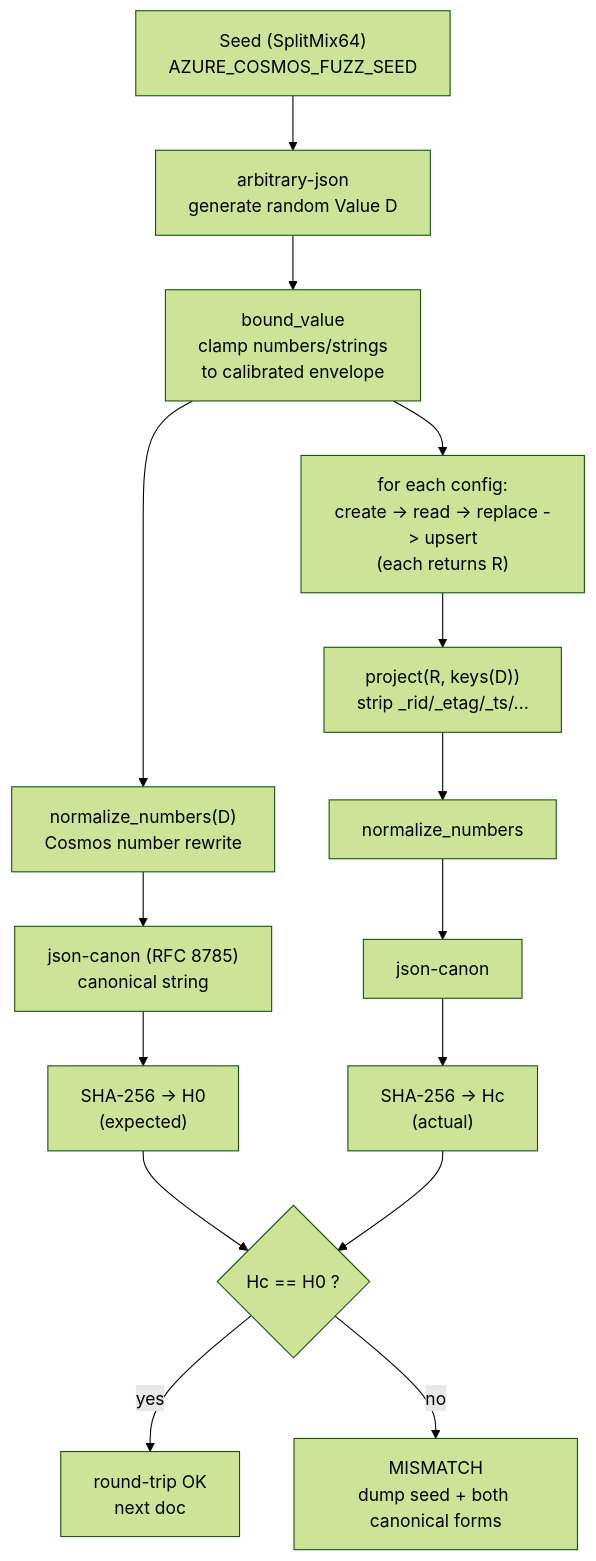
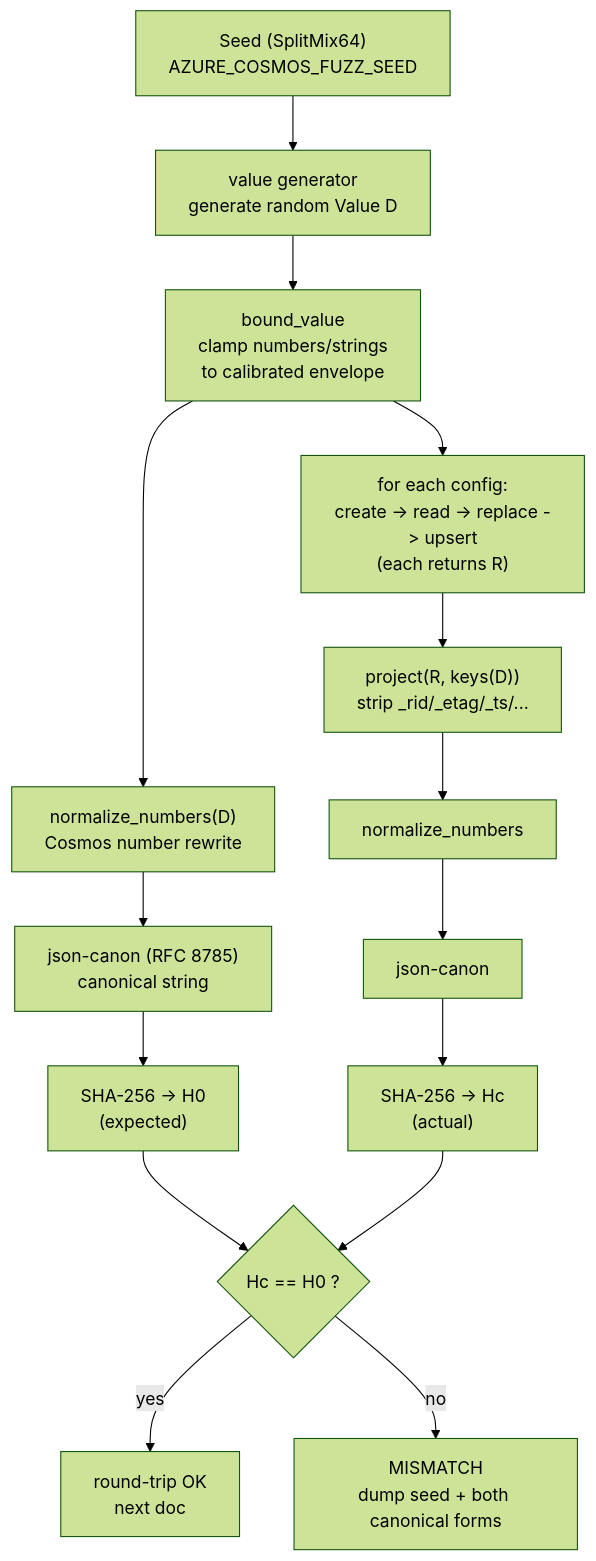
One commit to Azure/azure-sdk-for-rust changed the first of 4 diagrams in sdk/cosmos/azure_data_cosmos_driver/docs/BINARY_ENCODING_ROUNDTRIP_FUZZER.md. Above: the diagram before and after it, drawn with Mermaid (forest theme). The commit also changed other lines of this file and 5 other files, not shown here.

````diff
--- a/sdk/cosmos/azure_data_cosmos_driver/docs/BINARY_ENCODING_ROUNDTRIP_FUZZER.md
+++ b/sdk/cosmos/azure_data_cosmos_driver/docs/BINARY_ENCODING_ROUNDTRIP_FUZZER.md
@@ -116,19 +116,19 @@
 ```mermaid
 flowchart TD
     SEED["Seed (SplitMix64)\nAZURE_COSMOS_FUZZ_SEED"] --> GEN
-    GEN["arbitrary-json\ngenerate random Value D"] --> BOUND["bound_value\nclamp numbers/strings\nto calibrated envelope"]
+    GEN["value generator\ngenerate random Value D"] --> BOUND["bound_value\nclamp numbers/strings\nto calibrated envelope"]
     BOUND --> NORM0["normalize_numbers(D)\nCosmos number rewrite"]
     NORM0 --> CANON0["json-canon (RFC 8785)\ncanonical string"]
     CANON0 --> HASH0["SHA-256 -> H0\n(expected)"]
 
     BOUND --> STORE["for each config:\ncreate -> read -> replace -> upsert\n(each returns R)"]
     STORE --> PROJ["project(R, keys(D))\nstrip _rid/_etag/_ts/..."]
     PROJ --> NORM1["normalize_numbers"]
     NORM1 --> CANON1["json-canon"]
     CANON1 --> HASH1["SHA-256 -> Hc\n(actual)"]
 
     HASH0 --> CMP{"Hc == H0 ?"}
     HASH1 --> CMP
     CMP -->|yes| OK["round-trip OK\nnext doc"]
     CMP -->|no| FAIL["MISMATCH\ndump seed + both canonical forms"]
 ```
````
